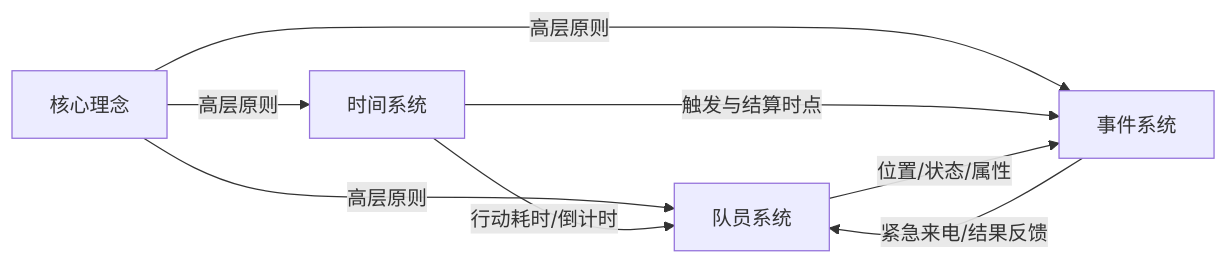
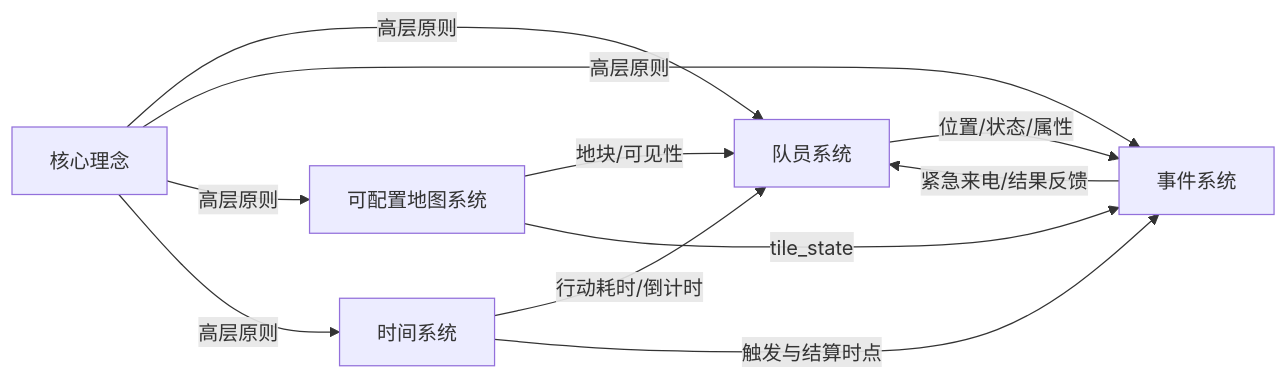
One commit to Hikaru518/stellar-frontier changed the diagram in docs/index.md. Above: the diagram before and after it, drawn with Mermaid. The commit also changed other lines of this file and 15 other files, not shown here.

````diff
--- a/docs/index.md
+++ b/docs/index.md
@@ -53,10 +66,13 @@
 ```mermaid
 flowchart LR
     coreIdeas["核心理念"] -->|"高层原则"| crewSystem["队员系统"]
     coreIdeas -->|"高层原则"| eventSystem["事件系统"]
+    coreIdeas -->|"高层原则"| mapSystem["可配置地图系统"]
     coreIdeas -->|"高层原则"| timeSystem["时间系统"]
     timeSystem -->|"行动耗时/倒计时"| crewSystem
     timeSystem -->|"触发与结算时点"| eventSystem
+    mapSystem -->|"地块/可见性"| crewSystem
+    mapSystem -->|"tile_state"| eventSystem
     crewSystem -->|"位置/状态/属性"| eventSystem
     eventSystem -->|"紧急来电/结果反馈"| crewSystem
 ```
````
